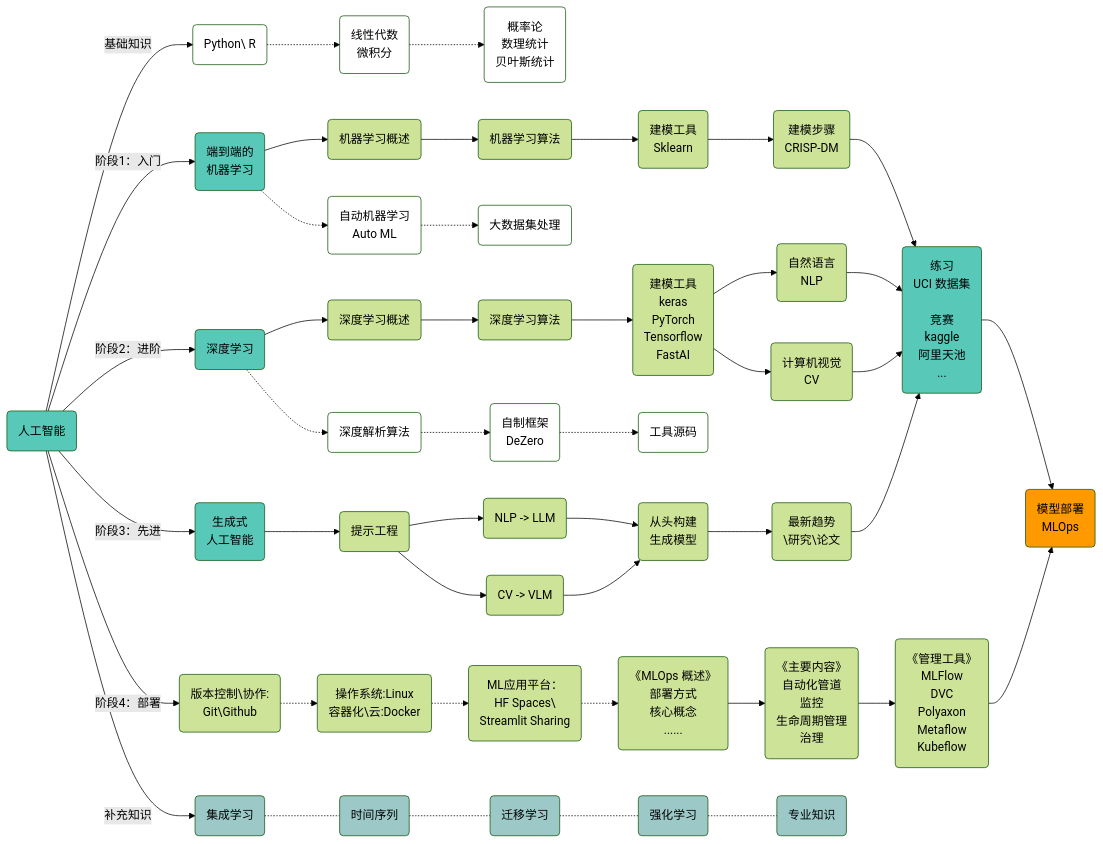
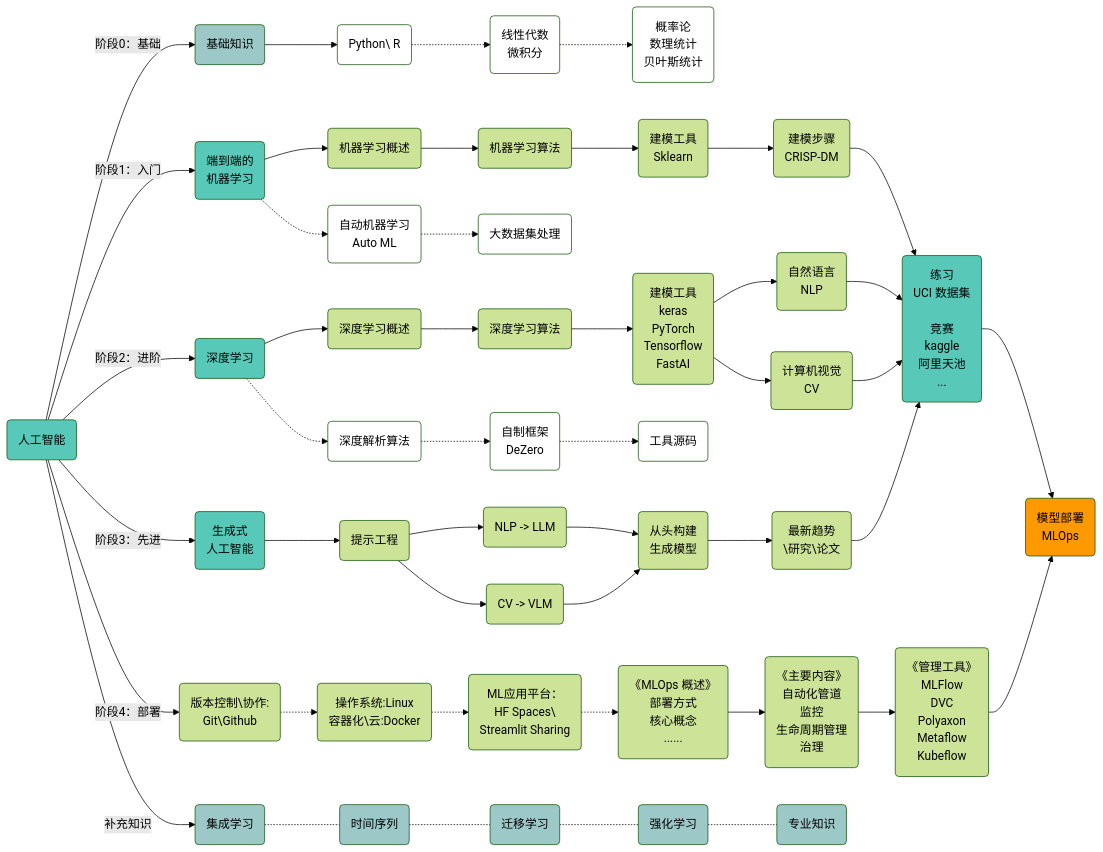
One commit to wenwangjain/wenwangjain.github.io changed the diagram in content/docs/ai/_index.zh-cn.md. Above: the diagram before and after it, drawn with Mermaid (forest theme). The commit also changed other lines of this file, not shown here.

````diff
--- a/content/docs/ai/_index.zh-cn.md
+++ b/content/docs/ai/_index.zh-cn.md
@@ -14,38 +14,38 @@
 ```mermaid
 
 flowchart LR
 
     classDef someclassA fill:#58C9B9
     classDef someclassB fill:#9DC8C8
     classDef someclassC fill:#f100,stroke-width:1px
     classDef someclassD fill:#a3c9c7
     classDef someclassE fill:#fff,stroke:#fff,color:#fff
     classDef someclassF fill:#ff9900
 
     A(人工智能):::someclassA 
     
-    A -- 基础知识 --> B1(Python\ R):::someclassC -.-> B2(线性代数<br>微积分):::someclassC -.-> B3(概率论<br>数理统计<br>贝叶斯统计):::someclassC
+    A -- 阶段0：基础 --> B(基础知识):::someclassB --> B1(Python\ R):::someclassC -.-> B2(线性代数<br>微积分):::someclassC -.-> B3(概率论<br>数理统计<br>贝叶斯统计):::someclassC
 
     A -- 阶段1：入门 --> C(端到端的<br>机器学习):::someclassA --> C12(机器学习概述) --> C13(机器学习算法) --> C14(建模工具<br>Sklearn) --> C15(建模步骤<br>CRISP-DM) --> Y
         C -.-> C21(自动机器学习<br>Auto ML):::someclassC -.-> C22(大数据集处理):::someclassC
 
     A -- 阶段2：进阶 --> D(深度学习):::someclassA --> D11(深度学习概述) --> D12(深度学习算法) --> D13(建模工具<br>keras<br>PyTorch<br>Tensorflow<br>FastAI)
         D -.-> D21(深度解析算法):::someclassC -.-> D22(自制框架<br>DeZero):::someclassC -.-> D23(工具源码):::someclassC
         D13 --> D141(自然语言<br>NLP) --> Y
         D13 --> D142(计算机视觉<br>CV) --> Y
 
     A -- 阶段3：先进 --> F(生成式<br>人工智能):::someclassA --> F1(提示工程)
         F3(从头构建<br>生成模型) --> F4(最新趋势<br>\研究\论文) --> Y
         F1 --> F21(NLP -> LLM) --> F3
         F1 --> F22(CV -> VLM) --> F3
 
     Y(练习<br>UCI 数据集<br><br>竞赛<br>kaggle<br>阿里天池<br>...):::someclassA --> Z
 
     A -- 阶段4：部署 --> Z1
     Z(模型部署<br>MLOps):::someclassF
     Z1(版本控制\协作:<br>Git\Github) -.-> Z12(操作系统:Linux<br>容器化\云:Docker) -.->  Z13(ML应用平台：<br>HF Spaces\<br>Streamlit Sharing) -.-> Z2(《MLOps 概述》<br>部署方式<br>核心概念<br>......) --> Z3(《主要内容》<br>自动化管道<br>监控<br>生命周期管理<br>治理) --> Z4(《管理工具》<br>MLFlow<br>DVC<br>Polyaxon<br>Metaflow<br>Kubeflow)
     Z4 --> Z
 
     A -- 补充知识 --> G1(集成学习):::someclassB -.- G2(时间序列):::someclassB -.- G3(迁移学习):::someclassB -.- G4(强化学习):::someclassB -.- G5(专业知识):::someclassB
 
 ```
````
